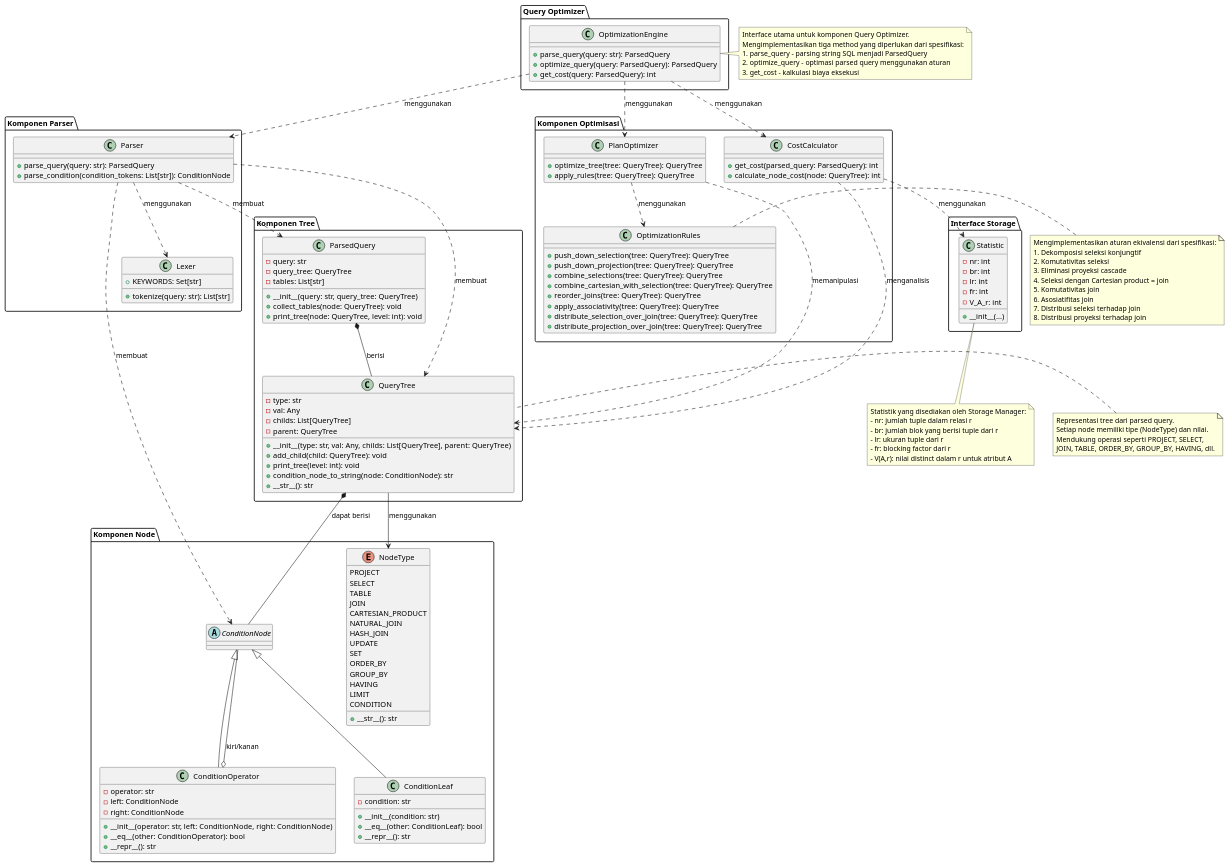
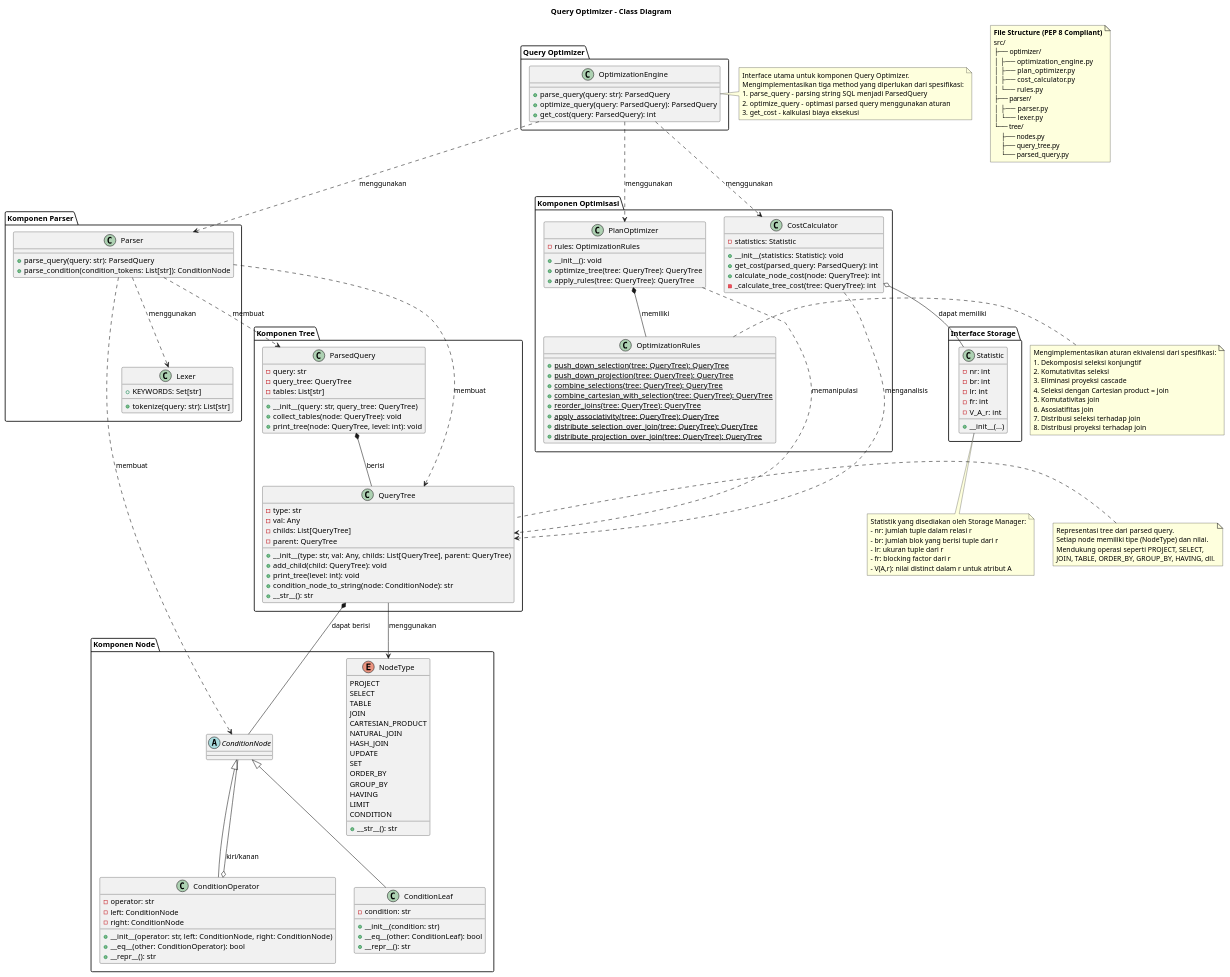
The diagram in class_diagram.puml (InfedmixDBMS/QueryOptimization), drawn with PlantUML before and after one commit. The commit also changed 11 other files, not shown here.

```diff
--- a/class_diagram.puml
+++ b/class_diagram.puml
@@ -1,4 +1,22 @@
 @startuml Query Optimizer Class Diagram
+
+title Query Optimizer - Class Diagram
+note as FileStructure
+  **File Structure (PEP 8 Compliant)**
+  src/
+  ├── optimizer/
+  │   ├── optimization_engine.py
+  │   ├── plan_optimizer.py
+  │   ├── cost_calculator.py
+  │   └── rules.py
+  ├── parser/
+  │   ├── parser.py
+  │   └── lexer.py
+  └── tree/
+      ├── nodes.py
+      ├── query_tree.py
+      └── parsed_query.py
+end note
 
 ' Komponen utama interface
 package "Query Optimizer" {
@@ -89,24 +107,29 @@
 ' Komponen optimizer
 package "Komponen Optimisasi" {
     class PlanOptimizer {
+        - rules: OptimizationRules
+        + __init__(): void
         + optimize_tree(tree: QueryTree): QueryTree
         + apply_rules(tree: QueryTree): QueryTree
     }
 
     class CostCalculator {
+        - statistics: Statistic
+        + __init__(statistics: Statistic): void
         + get_cost(parsed_query: ParsedQuery): int
         + calculate_node_cost(node: QueryTree): int
+        - _calculate_tree_cost(tree: QueryTree): int
     }
 
     class OptimizationRules {
-        + push_down_selection(tree: QueryTree): QueryTree
-        + push_down_projection(tree: QueryTree): QueryTree
-        + combine_selections(tree: QueryTree): QueryTree
-        + combine_cartesian_with_selection(tree: QueryTree): QueryTree
-        + reorder_joins(tree: QueryTree): QueryTree
-        + apply_associativity(tree: QueryTree): QueryTree
-        + distribute_selection_over_join(tree: QueryTree): QueryTree
-        + distribute_projection_over_join(tree: QueryTree): QueryTree
+        + {static} push_down_selection(tree: QueryTree): QueryTree
+        + {static} push_down_projection(tree: QueryTree): QueryTree
+        + {static} combine_selections(tree: QueryTree): QueryTree
+        + {static} combine_cartesian_with_selection(tree: QueryTree): QueryTree
+        + {static} reorder_joins(tree: QueryTree): QueryTree
+        + {static} apply_associativity(tree: QueryTree): QueryTree
+        + {static} distribute_selection_over_join(tree: QueryTree): QueryTree
+        + {static} distribute_projection_over_join(tree: QueryTree): QueryTree
     }
 }
 
@@ -140,9 +163,9 @@
 ConditionNode <|-- ConditionLeaf
 ConditionOperator o-- ConditionNode : kiri/kanan
 
-PlanOptimizer ..> OptimizationRules : menggunakan
+PlanOptimizer *-- OptimizationRules : memiliki
 PlanOptimizer ..> QueryTree : memanipulasi
-CostCalculator ..> Statistic : menggunakan
+CostCalculator o-- Statistic : dapat memiliki
 CostCalculator ..> QueryTree : menganalisis
 
 ' Catatan
```
